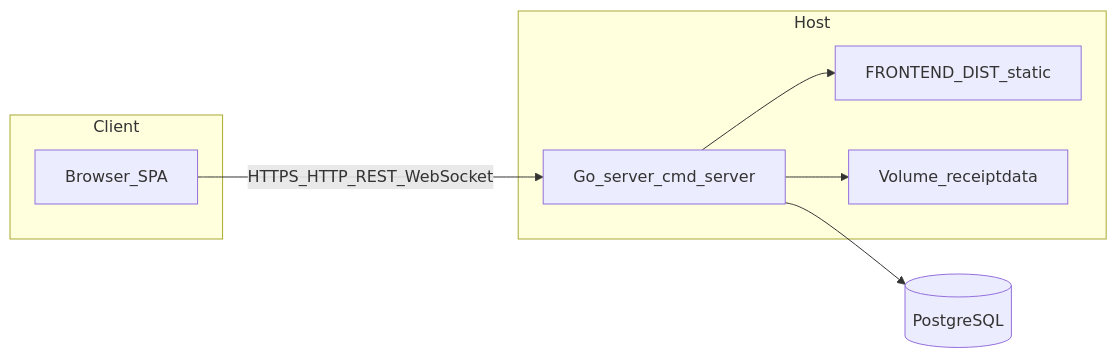
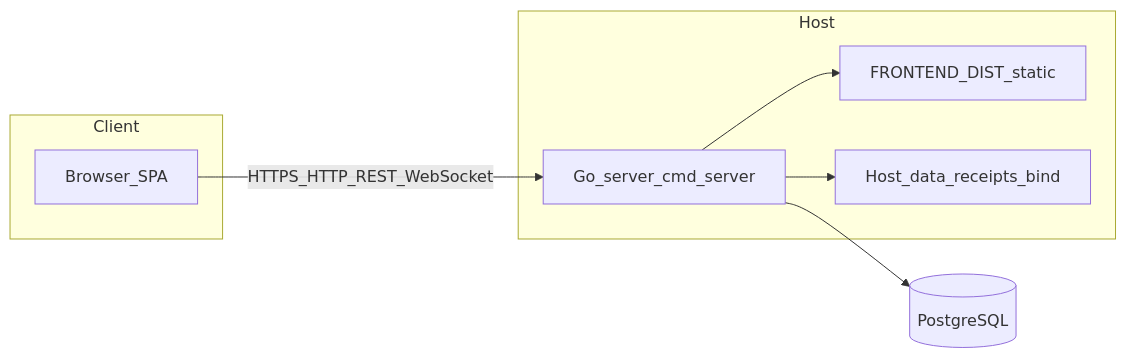
Before and after one commit to Sjoerd305/lunchkraam: the first of 5 diagrams in docs/ARCHITECTURE.md, drawn with Mermaid. The commit also changed 7 other files, not shown here.

First line of the commit message:
fix(docker): bind-mount receipts and align backups with host path

````diff
--- a/docs/ARCHITECTURE.md
+++ b/docs/ARCHITECTURE.md
@@ -21,16 +21,16 @@
 ```mermaid
 flowchart LR
   subgraph client [Client]
     browser[Browser_SPA]
   end
   subgraph host [Host]
     app[Go_server_cmd_server]
     dist[FRONTEND_DIST_static]
-    vol[Volume_receiptdata]
+    receipts[Host_data_receipts_bind]
   end
   db[(PostgreSQL)]
   browser -->|"HTTPS_HTTP_REST_WebSocket"| app
   app --> dist
   app --> db
-  app --> vol
+  app --> receipts
 ```
````
